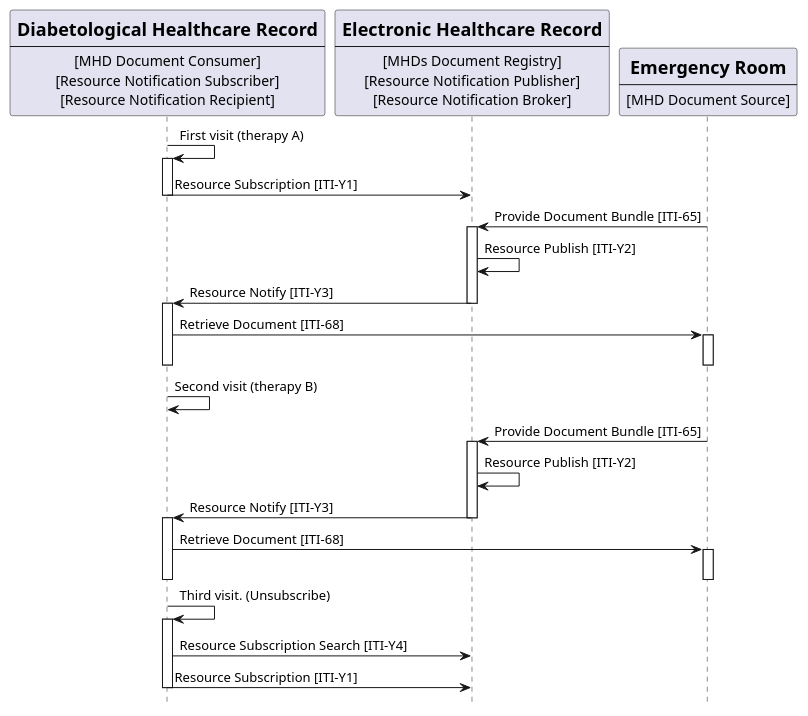
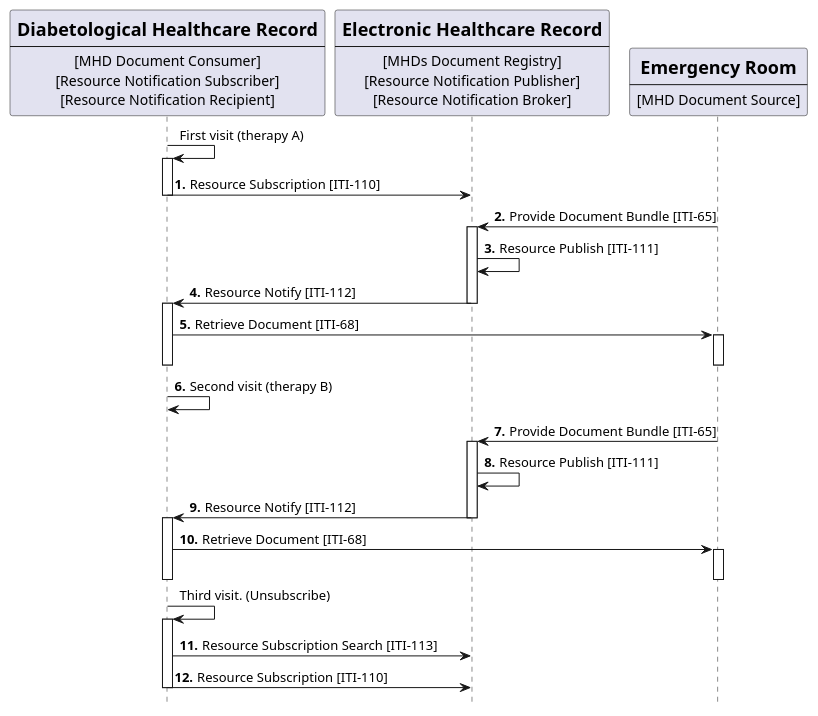
One commit to IHE/ITI.DSUBm changed the diagram in input/images-source/usecase2-processflow.plantuml. Above: the diagram before and after it, drawn with PlantUML. The commit also changed 13 other files, not shown here.

```diff
--- a/input/images-source/usecase2-processflow.plantuml
+++ b/input/images-source/usecase2-processflow.plantuml
@@ -1,70 +1,69 @@
 @startuml
 skinparam svgDimensionStyle false
 hide footbox
 /'title "Folder Subscription with DSUBm on MHDs infrastructure" '/
 
 participant DHR [
     = Diabetological Healthcare Record
     ----
     [MHD Document Consumer]
     [Resource Notification Subscriber]
     [Resource Notification Recipient]
 ] 
 
 
 
 participant Central [
     =Electronic Healthcare Record
     ----
     [MHDs Document Registry]
     [Resource Notification Publisher]
     [Resource Notification Broker]
 ] 
 
 participant ER [
     =Emergency Room
     ----
     [MHD Document Source]
 ] 
 
 
 
 
 DHR -> DHR: First visit (therapy A)
+autonumber "<b>."
 activate DHR
-DHR -> Central:  Resource Subscription [ITI-Y1]
+DHR -> Central:  Resource Subscription [ITI-110]
 deactivate DHR
-
 ER->Central:  Provide Document Bundle [ITI-65]
 activate Central 
-Central -> Central: Resource Publish [ITI-Y2]
-Central -> DHR: Resource Notify [ITI-Y3]
+Central -> Central: Resource Publish [ITI-111]
+Central -> DHR: Resource Notify [ITI-112]
+deactivate Central
+activate DHR
+DHR -> ER: Retrieve Document [ITI-68]
+activate ER
+deactivate ER
+deactivate DHR 
+
+DHR -> DHR: Second visit (therapy B)
+ER->Central:  Provide Document Bundle [ITI-65]
+activate Central 
+Central -> Central: Resource Publish [ITI-111]
+Central -> DHR: Resource Notify [ITI-112]
 deactivate Central
 activate DHR
 
 DHR -> ER: Retrieve Document [ITI-68]
 activate ER
 deactivate ER
 deactivate DHR 
-
-DHR -> DHR: Second visit (therapy B)
-
-ER->Central:  Provide Document Bundle [ITI-65]
-activate Central 
-Central -> Central: Resource Publish [ITI-Y2]
-Central -> DHR: Resource Notify [ITI-Y3]
-deactivate Central
-activate DHR
-
-DHR -> ER: Retrieve Document [ITI-68]
-activate ER
-deactivate ER
-deactivate DHR 
-
+autonumber stop 
 DHR -> DHR: Third visit. (Unsubscribe)
 activate DHR
-DHR -> Central: Resource Subscription Search [ITI-Y4]
-DHR -> Central: Resource Subscription [ITI-Y1]	
+autonumber 11 "<b>."
+DHR -> Central: Resource Subscription Search [ITI-113]
+DHR -> Central: Resource Subscription [ITI-110]	
 deactivate DHR
 
 @enduml
```
